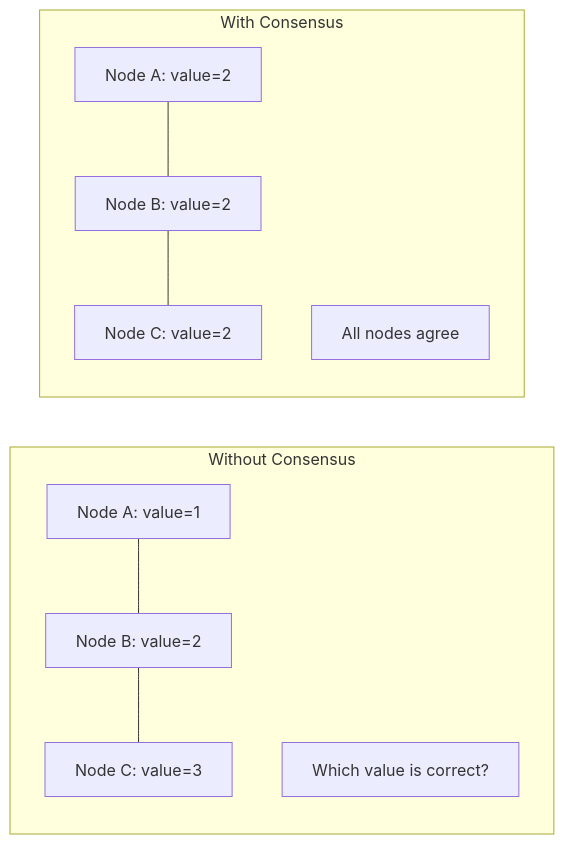
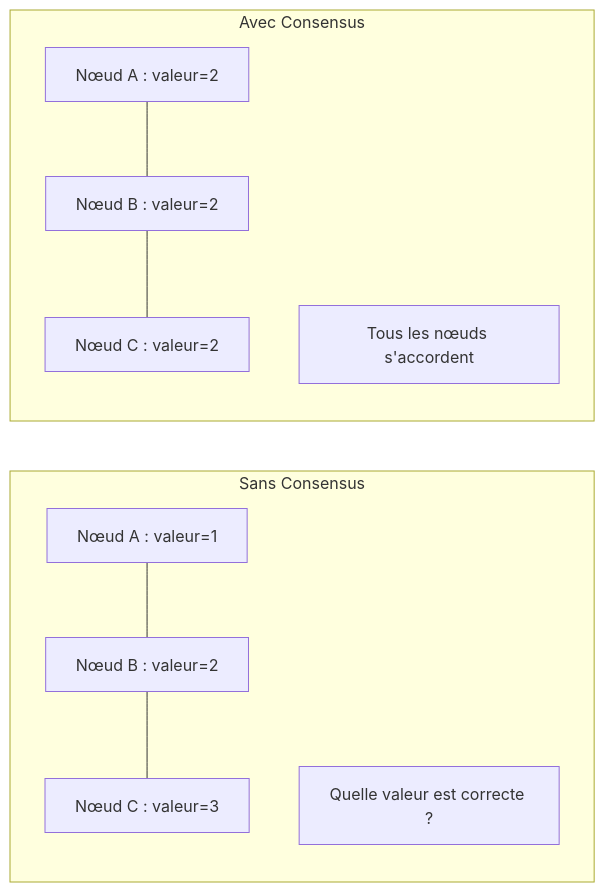
The first of 9 diagrams in src/consensus/11-what-is-consensus.md (dardourimohamed/distributed-systems-course), drawn with Mermaid before and after one commit. The commit also changed other lines of this file and 38 other files, not shown here.

````diff
--- a/src/consensus/11-what-is-consensus.md
+++ b/src/consensus/11-what-is-consensus.md
@@ -34,18 +34,18 @@
 ```mermaid
 graph LR
-    subgraph "Without Consensus"
-        N1[Node A: value=1]
-        N2[Node B: value=2]
-        N3[Node C: value=3]
+    subgraph "Sans Consensus"
+        N1[Nœud A : valeur=1]
+        N2[Nœud B : valeur=2]
+        N3[Nœud C : valeur=3]
         N1 --- N2 --- N3
-        Problem[Which value is correct?]
+        Problem[Quelle valeur est correcte ?]
     end
 
-    subgraph "With Consensus"
-        A1[Node A: value=2]
-        A2[Node B: value=2]
-        A3[Node C: value=2]
+    subgraph "Avec Consensus"
+        A1[Nœud A : valeur=2]
+        A2[Nœud B : valeur=2]
+        A3[Nœud C : valeur=2]
         A1 --- A2 --- A3
-        Solved[All nodes agree]
+        Solved[Tous les nœuds s'accordent]
     end
 ```
````
